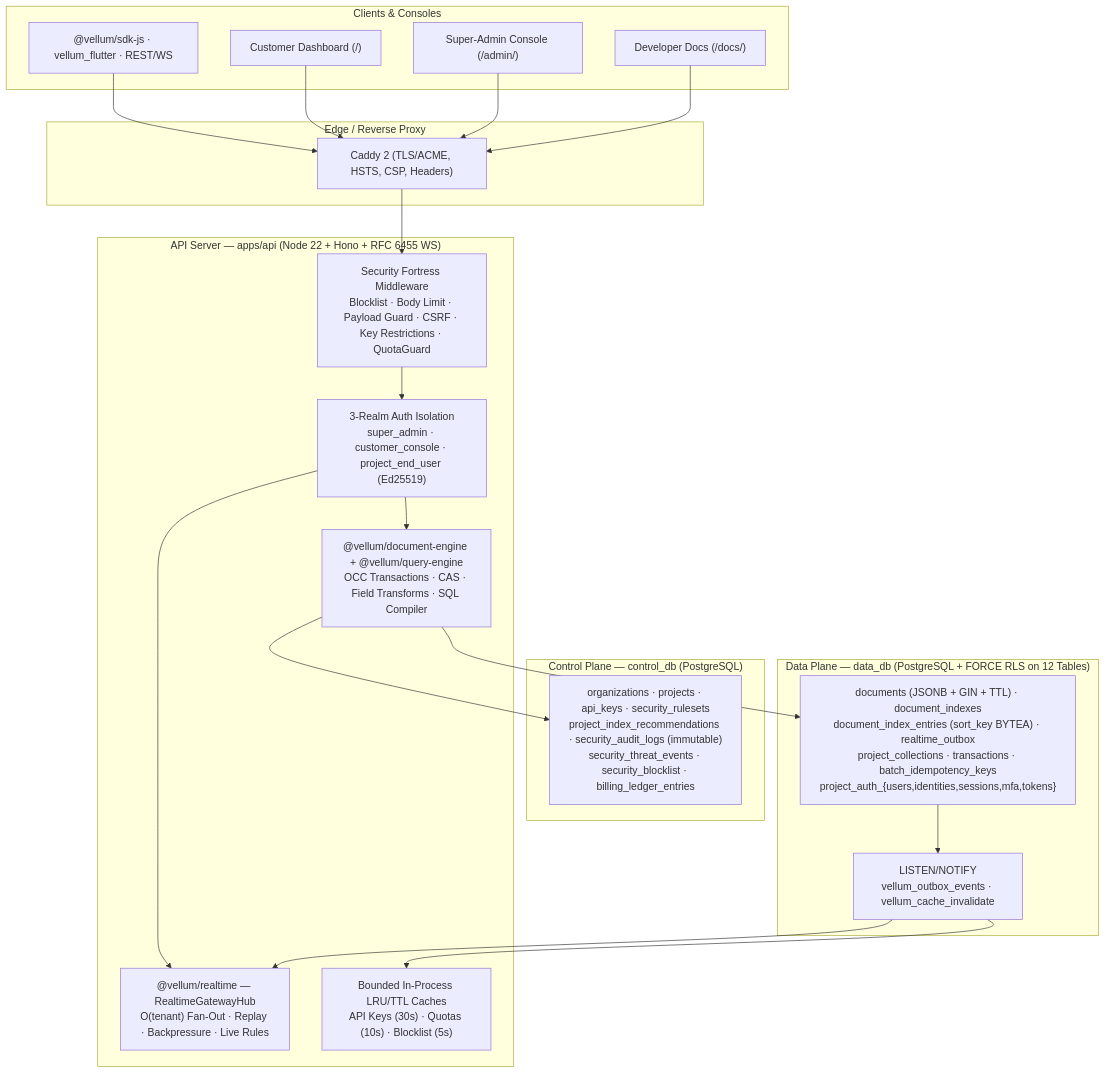
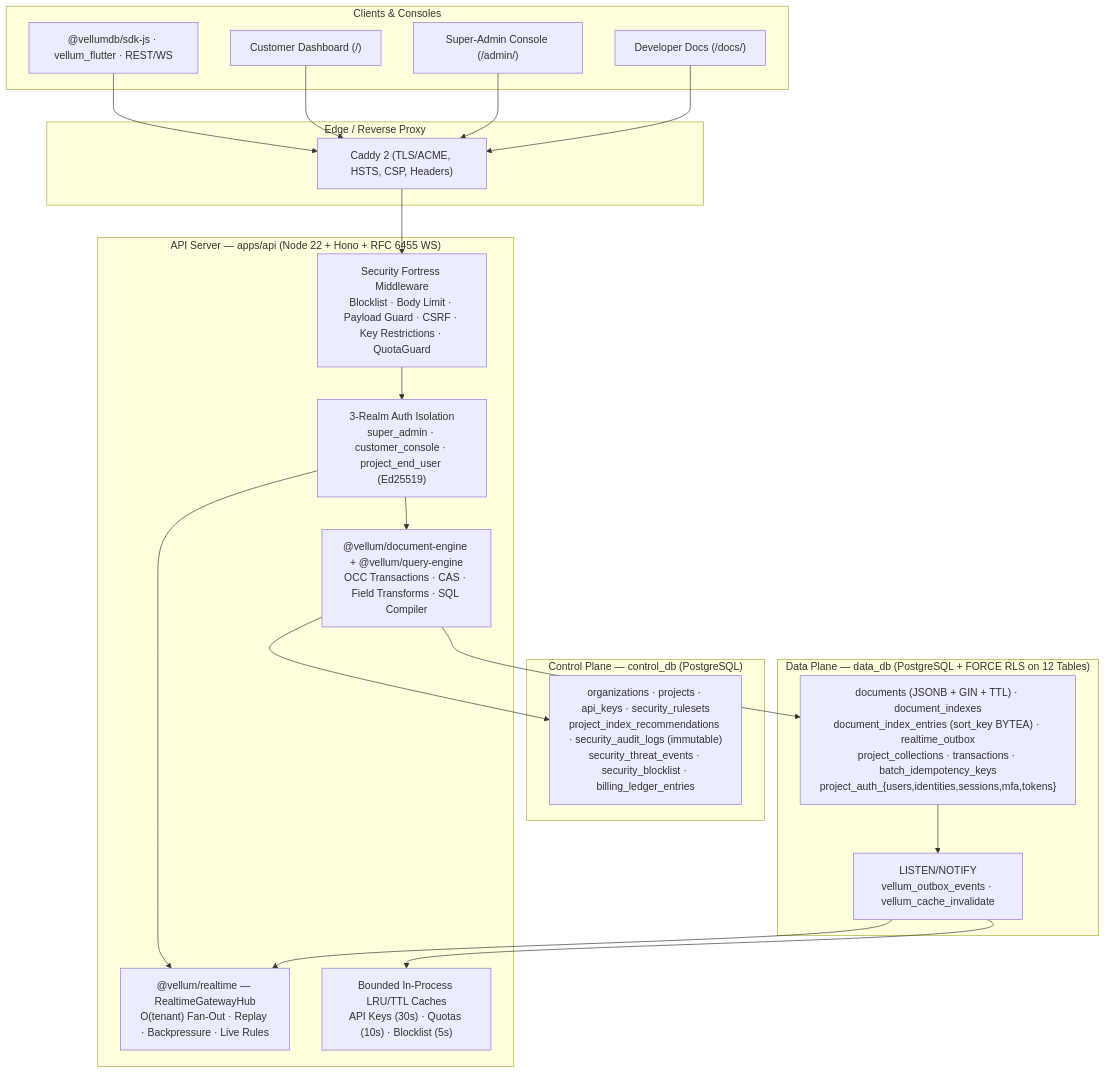
One commit to MohammedAydan/vellum changed the diagram in docs/01-architecture.md. Above: the diagram before and after it, drawn with Mermaid. The commit also changed other lines of this file and 159 other files, not shown here.

Commit message:
refactor(sdk-js): rename npm package to @vellumdb/sdk-js

````diff
--- a/docs/01-architecture.md
+++ b/docs/01-architecture.md
@@ -24,43 +24,43 @@
 ```mermaid
 flowchart TB
     subgraph Clients["Clients & Consoles"]
-        SDK["@vellum/sdk-js · vellum_flutter · REST/WS"]
+        SDK["@vellumdb/sdk-js · vellum_flutter · REST/WS"]
         Dash["Customer Dashboard (/)"]
         Admin["Super-Admin Console (/admin/)"]
         Docs["Developer Docs (/docs/)"]
     end
 
     subgraph Edge["Edge / Reverse Proxy"]
         Caddy["Caddy 2 (TLS/ACME, HSTS, CSP, Headers)"]
     end
 
     subgraph API["API Server — apps/api (Node 22 + Hono + RFC 6455 WS)"]
         Fortress["Security Fortress Middleware<br/>Blocklist · Body Limit · Payload Guard · CSRF · Key Restrictions · QuotaGuard"]
         Auth["3-Realm Auth Isolation<br/>super_admin · customer_console · project_end_user (Ed25519)"]
         Engine["@vellum/document-engine + @vellum/query-engine<br/>OCC Transactions · CAS · Field Transforms · SQL Compiler"]
         RT["@vellum/realtime — RealtimeGatewayHub<br/>O(tenant) Fan-Out · Replay · Backpressure · Live Rules"]
         Cache["Bounded In-Process LRU/TTL Caches<br/>API Keys (30s) · Quotas (10s) · Blocklist (5s)"]
     end
 
     subgraph ControlPlane["Control Plane — control_db (PostgreSQL)"]
         CP_Tables["organizations · projects · api_keys · security_rulesets<br/>project_index_recommendations · security_audit_logs (immutable)<br/>security_threat_events · security_blocklist · billing_ledger_entries"]
     end
 
     subgraph DataPlane["Data Plane — data_db (PostgreSQL + FORCE RLS on 12 Tables)"]
         DP_Tables["documents (JSONB + GIN + TTL) · document_indexes<br/>document_index_entries (sort_key BYTEA) · realtime_outbox<br/>project_collections · transactions · batch_idempotency_keys<br/>project_auth_{users,identities,sessions,mfa,tokens}"]
         Notify["LISTEN/NOTIFY<br/>vellum_outbox_events · vellum_cache_invalidate"]
     end
 
     SDK --> Caddy
     Dash --> Caddy
     Admin --> Caddy
     Docs --> Caddy
     Caddy --> Fortress
     Fortress --> Auth --> Engine
     Auth --> RT
     Engine --> CP_Tables
     Engine --> DP_Tables
     DP_Tables --> Notify
     Notify --> RT
     Notify --> Cache
 ```
````
